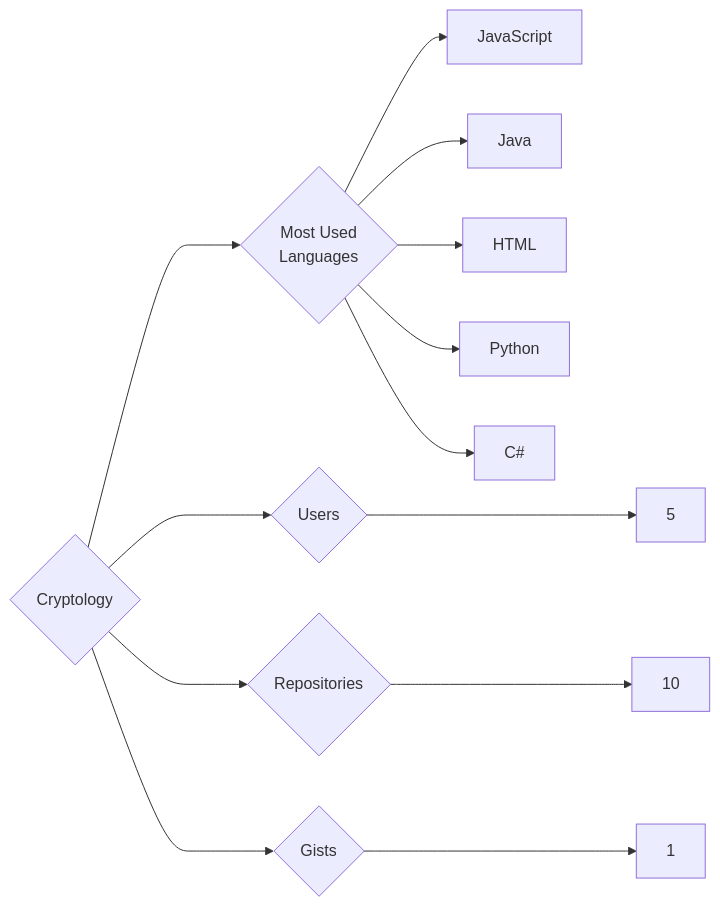
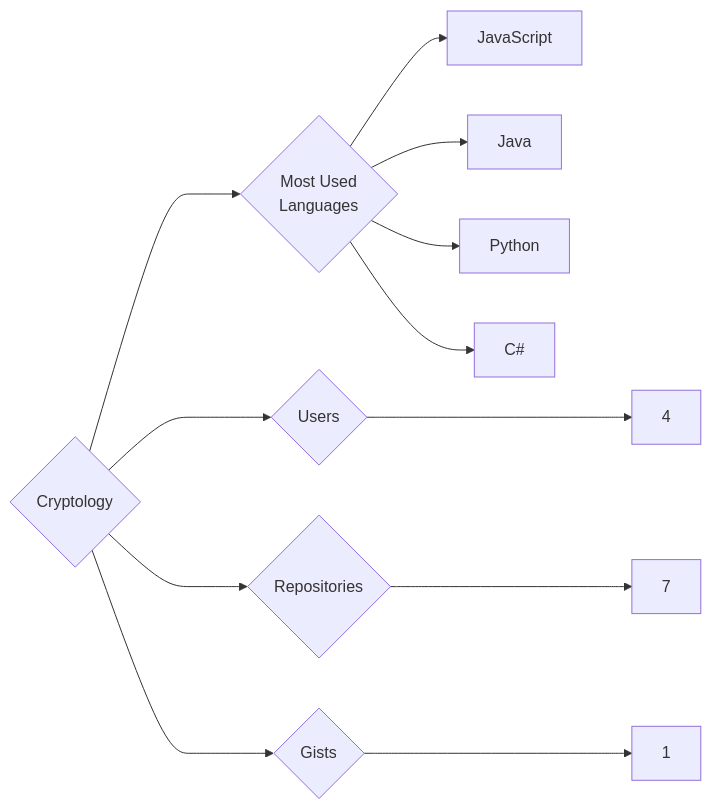
The diagram in targets/Cryptology/README.md (trickest/insiders), drawn with Mermaid before and after one commit. The commit also changed 873 other files, not shown here.

````diff
--- a/targets/Cryptology/README.md
+++ b/targets/Cryptology/README.md
@@ -3,13 +3,12 @@
 ```mermaid
 graph LR
 COMPANY_NAME{Cryptology}
-COMPANY_NAME ---> U{Users} ---> UN[5]
-COMPANY_NAME ---> R{Repositories} ---> RN[10]
+COMPANY_NAME ---> U{Users} ---> UN[4]
+COMPANY_NAME ---> R{Repositories} ---> RN[7]
 COMPANY_NAME ---> G{Gists} ---> GN[1]
 COMPANY_NAME ---> ML{Most Used<br>Languages}
 ML --> JavaScript[JavaScript]
 ML --> Java[Java]
-ML --> HTML[HTML]
 ML --> Python[Python]
 ML --> C#[C#]
 ```
````
